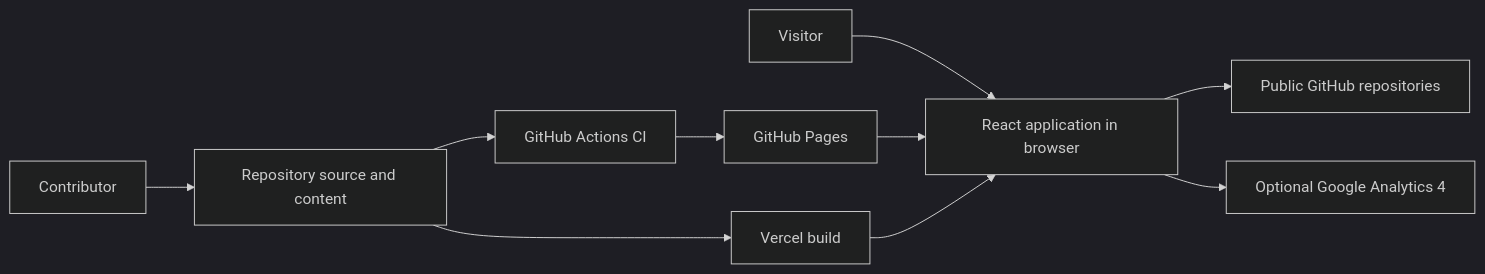
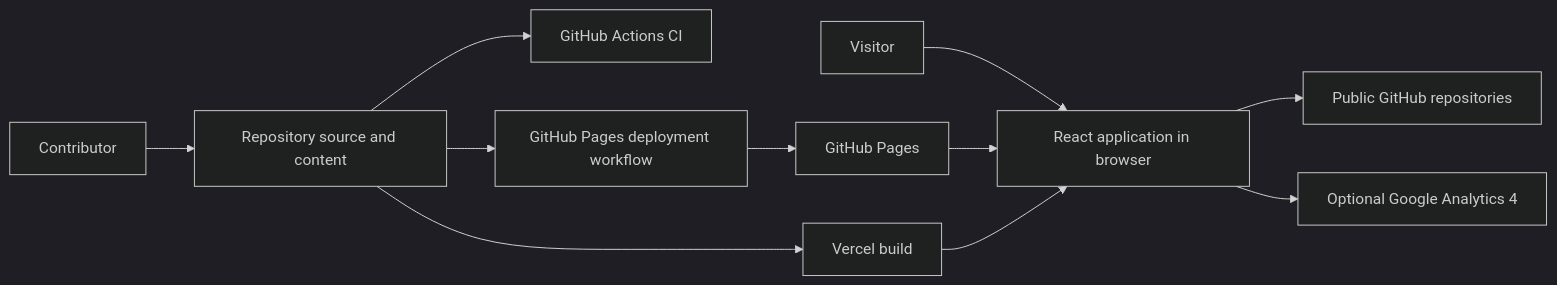
One commit to pypi-ahmad/pypi-ahmad.github.io changed the first of 2 diagrams in docs/architecture.md. Above: the diagram before and after it, drawn with Mermaid (dark theme). The commit also changed other lines of this file and 10 other files, not shown here.

````diff
--- a/docs/architecture.md
+++ b/docs/architecture.md
@@ -11,12 +11,13 @@
 ```mermaid
 flowchart LR
   visitor[Visitor] --> browser[React application in browser]
   contributor[Contributor] --> source[Repository source and content]
   source --> ci[GitHub Actions CI]
+  source --> deploy[GitHub Pages deployment workflow]
   source --> vercel[Vercel build]
-  ci --> pages[GitHub Pages]
+  deploy --> pages[GitHub Pages]
   pages --> browser
   vercel --> browser
   browser --> github[Public GitHub repositories]
   browser --> analytics[Optional Google Analytics 4]
 ```
````
